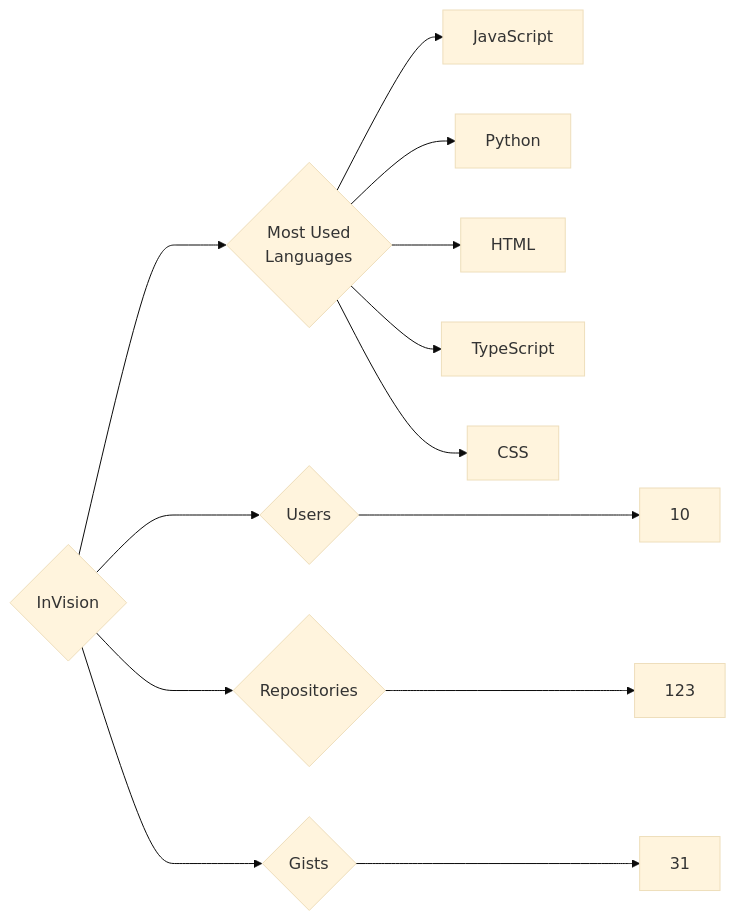
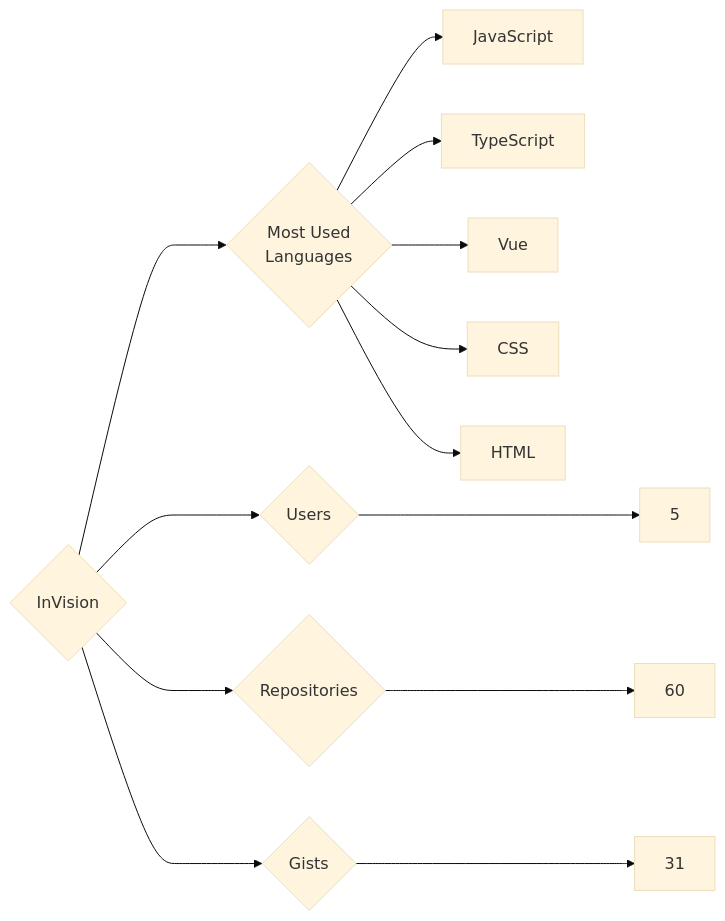
Before and after one commit to trickest/insiders: the diagram in targets/InVision/README.md, drawn with Mermaid (base theme). The commit also changed 745 other files, not shown here.

````diff
--- a/targets/InVision/README.md
+++ b/targets/InVision/README.md
@@ -3,13 +3,13 @@
 ```mermaid
 graph LR
 COMPANY_NAME{InVision}
-COMPANY_NAME ---> U{Users} ---> UN[10]
-COMPANY_NAME ---> R{Repositories} ---> RN[123]
+COMPANY_NAME ---> U{Users} ---> UN[5]
+COMPANY_NAME ---> R{Repositories} ---> RN[60]
 COMPANY_NAME ---> G{Gists} ---> GN[31]
 COMPANY_NAME ---> ML{Most Used<br>Languages}
 ML --> JavaScript[JavaScript]
-ML --> Python[Python]
+ML --> TypeScript[TypeScript]
+ML --> Vue[Vue]
+ML --> CSS[CSS]
 ML --> HTML[HTML]
-ML --> TypeScript[TypeScript]
-ML --> CSS[CSS]
 ```
````
